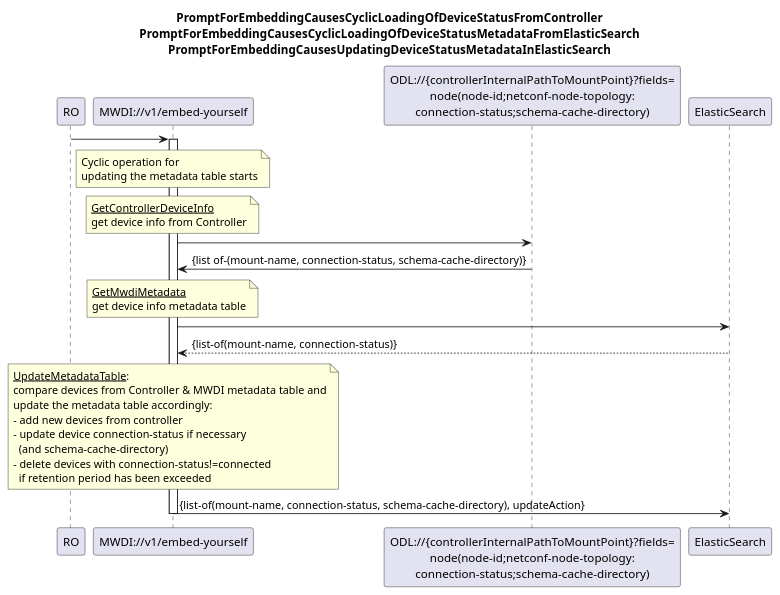
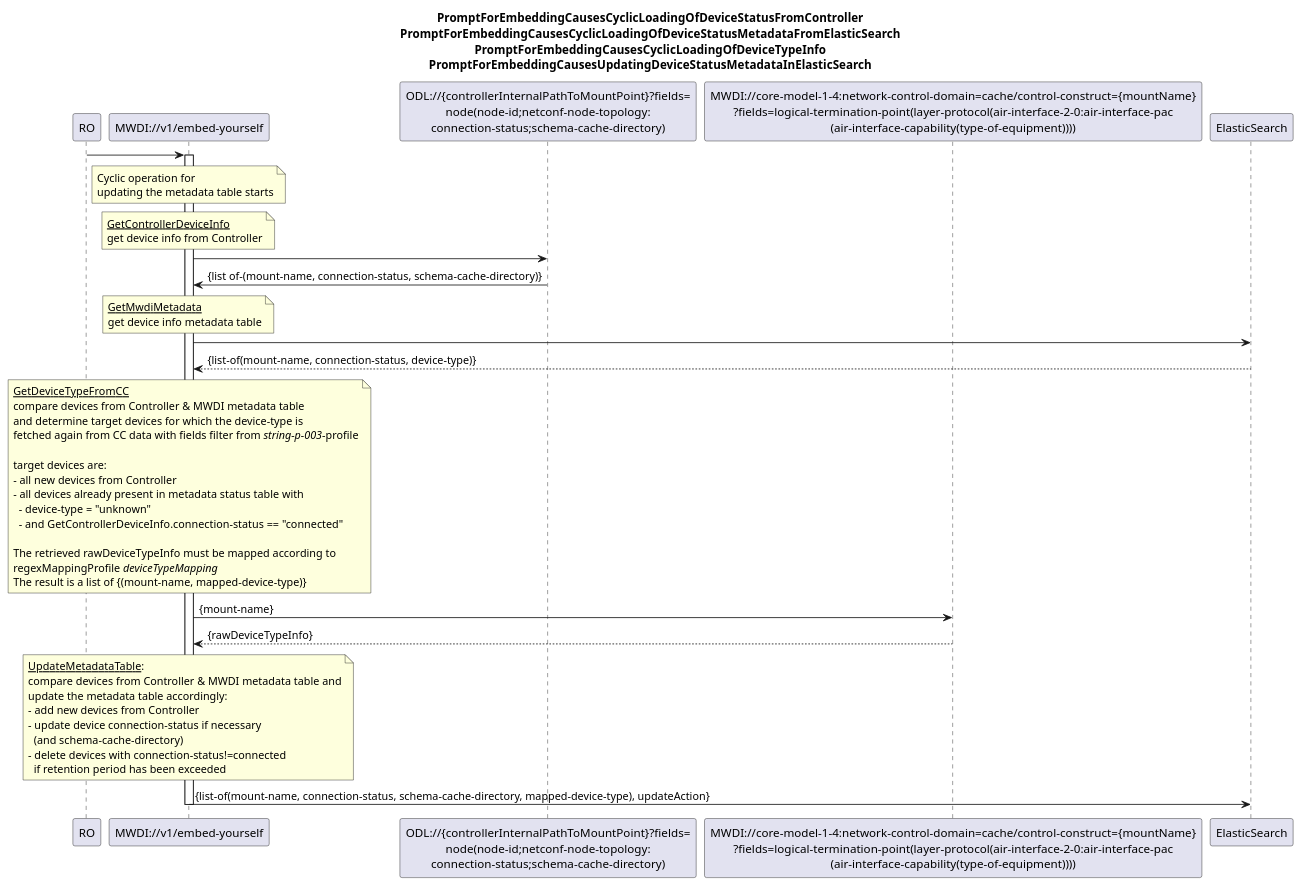
Before and after one commit to openBackhaul/MicroWaveDeviceInventory: the diagram in spec/diagrams/00y_CyclicOperationBasedDeviceStatusSync.plantuml, drawn with PlantUML. The commit also changed 1 other file, not shown here.

```diff
--- a/spec/diagrams/00y_CyclicOperationBasedDeviceStatusSync.plantuml
+++ b/spec/diagrams/00y_CyclicOperationBasedDeviceStatusSync.plantuml
@@ -1,53 +1,75 @@
 @startuml 00x_CyclicOperationBasedDeviceStatusSync
 skinparam responseMessageBelowArrow true
 
 title
 PromptForEmbeddingCausesCyclicLoadingOfDeviceStatusFromController
 PromptForEmbeddingCausesCyclicLoadingOfDeviceStatusMetadataFromElasticSearch
+PromptForEmbeddingCausesCyclicLoadingOfDeviceTypeInfo
 PromptForEmbeddingCausesUpdatingDeviceStatusMetadataInElasticSearch
 end title
 
 participant "RO" as ro
 participant "MWDI://v1/embed-yourself" as mwdi
 participant "ODL://{controllerInternalPathToMountPoint}?fields=\nnode(node-id;netconf-node-topology:\nconnection-status;schema-cache-directory)" as odlConnectionStatus
+participant "MWDI://core-model-1-4:network-control-domain=cache/control-construct={mountName}\n?fields=logical-termination-point(layer-protocol(air-interface-2-0:air-interface-pac\n(air-interface-capability(type-of-equipment))))" as mwdiDevType
 participant "ElasticSearch" as es
 
 ro -> mwdi
 activate mwdi
 
 note over mwdi
 Cyclic operation for 
 updating the metadata table starts
 end note
 
 'get device info from Controller
 note over mwdi
   <u>GetControllerDeviceInfo</u>
   get device info from Controller
 end note
 mwdi -> odlConnectionStatus
 odlConnectionStatus -> mwdi: {list of-(mount-name, connection-status, schema-cache-directory)}
 
 'get relevant MWDI metadata table info ElasticSearch
 note over mwdi
   <u>GetMwdiMetadata</u>
   get device info metadata table
 end note
 mwdi -> es
-es --> mwdi: {list-of(mount-name, connection-status)}
+es --> mwdi: {list-of(mount-name, connection-status, device-type)}
+
+note over mwdi
+<u>GetDeviceTypeFromCC</u>
+compare devices from Controller & MWDI metadata table 
+and determine target devices for which the device-type is 
+fetched again from CC data with fields filter from <i>string-p-003</i>-profile
+
+target devices are:
+- all new devices from Controller
+- all devices already present in metadata status table with
+  - device-type = "unknown"
+  - and GetControllerDeviceInfo.connection-status == "connected"
+
+The retrieved rawDeviceTypeInfo must be mapped according to
+regexMappingProfile <i>deviceTypeMapping</i>
+The result is a list of {(mount-name, mapped-device-type)}
+end note
+
+mwdi -> mwdiDevType: {mount-name}
+mwdiDevType --> mwdi: {rawDeviceTypeInfo}
 
 note over mwdi
 <u>UpdateMetadataTable</u>:
 compare devices from Controller & MWDI metadata table and
 update the metadata table accordingly:
-- add new devices from controller
+- add new devices from Controller
 - update device connection-status if necessary 
   (and schema-cache-directory)
 - delete devices with connection-status!=connected 
   if retention period has been exceeded
 end note
 
-mwdi -> es: {list-of(mount-name, connection-status, schema-cache-directory), updateAction}
+mwdi -> es: {list-of(mount-name, connection-status, schema-cache-directory, mapped-device-type), updateAction}
 deactivate mwdi
 
 @enduml
```
